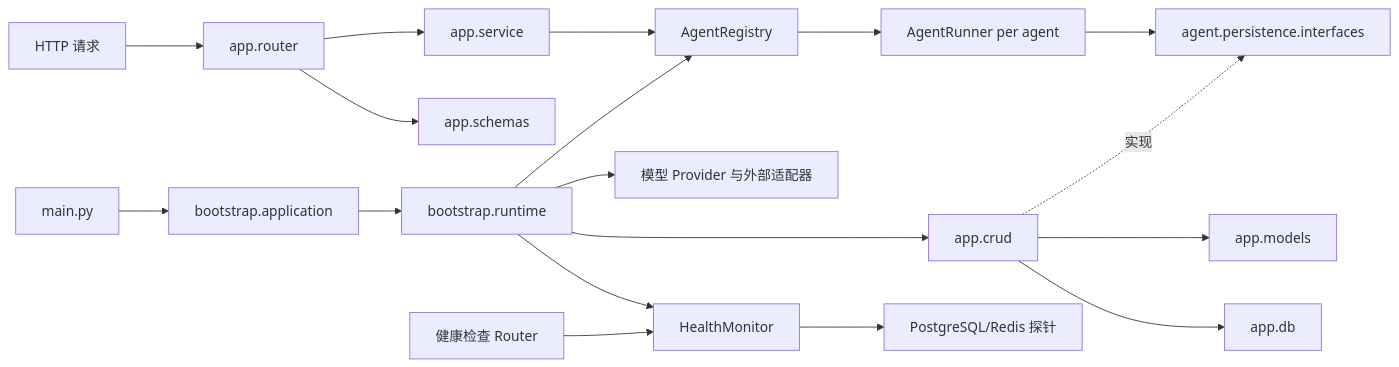
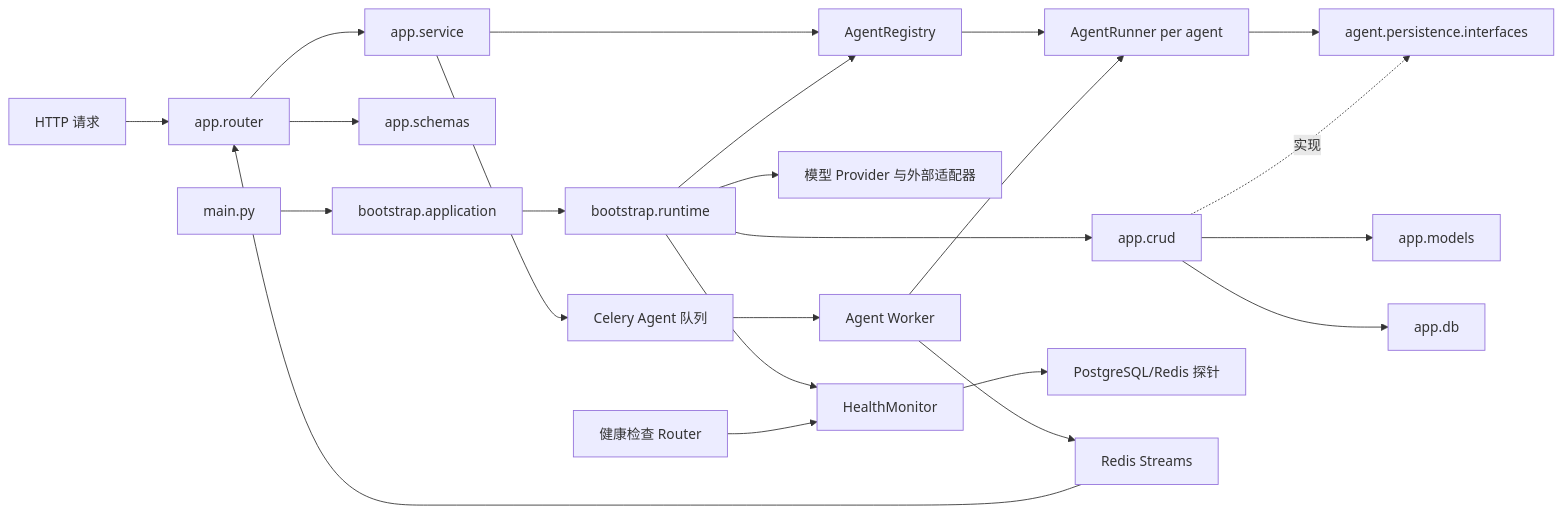
Before and after one commit to zt20001126/NexusAI: the diagram in docs/ARCHITECTURE.md, drawn with Mermaid. The commit also changed other lines of this file and 44 other files, not shown here.

````diff
--- a/docs/ARCHITECTURE.md
+++ b/docs/ARCHITECTURE.md
@@ -7,20 +7,25 @@
 ```mermaid
 flowchart LR
     Client[HTTP 请求] --> Router[app.router]
     Router --> Service[app.service]
     Service --> Registry[AgentRegistry]
     Registry --> Runner[AgentRunner per agent]
     Runner --> PersistencePort[agent.persistence.interfaces]
     PersistenceCRUD[app.crud] -. 实现 .-> PersistencePort
     Router --> Schemas[app.schemas]
     Entry[main.py] --> Application[bootstrap.application]
     Application --> BootstrapRuntime[bootstrap.runtime]
     BootstrapRuntime --> Registry
     BootstrapRuntime --> PersistenceCRUD
     PersistenceCRUD --> ORMModels[app.models]
     PersistenceCRUD --> Database[app.db]
     BootstrapRuntime --> Infrastructure[模型 Provider 与外部适配器]
     BootstrapRuntime --> HealthMonitor[HealthMonitor]
     HealthMonitor --> HealthProbes[PostgreSQL/Redis 探针]
     HealthRouter[健康检查 Router] --> HealthMonitor
+    Service --> AgentQueue[Celery Agent 队列]
+    AgentQueue --> AgentWorker[Agent Worker]
+    AgentWorker --> Runner
+    AgentWorker --> EventStream[Redis Streams]
+    EventStream --> Router
 ```
````
